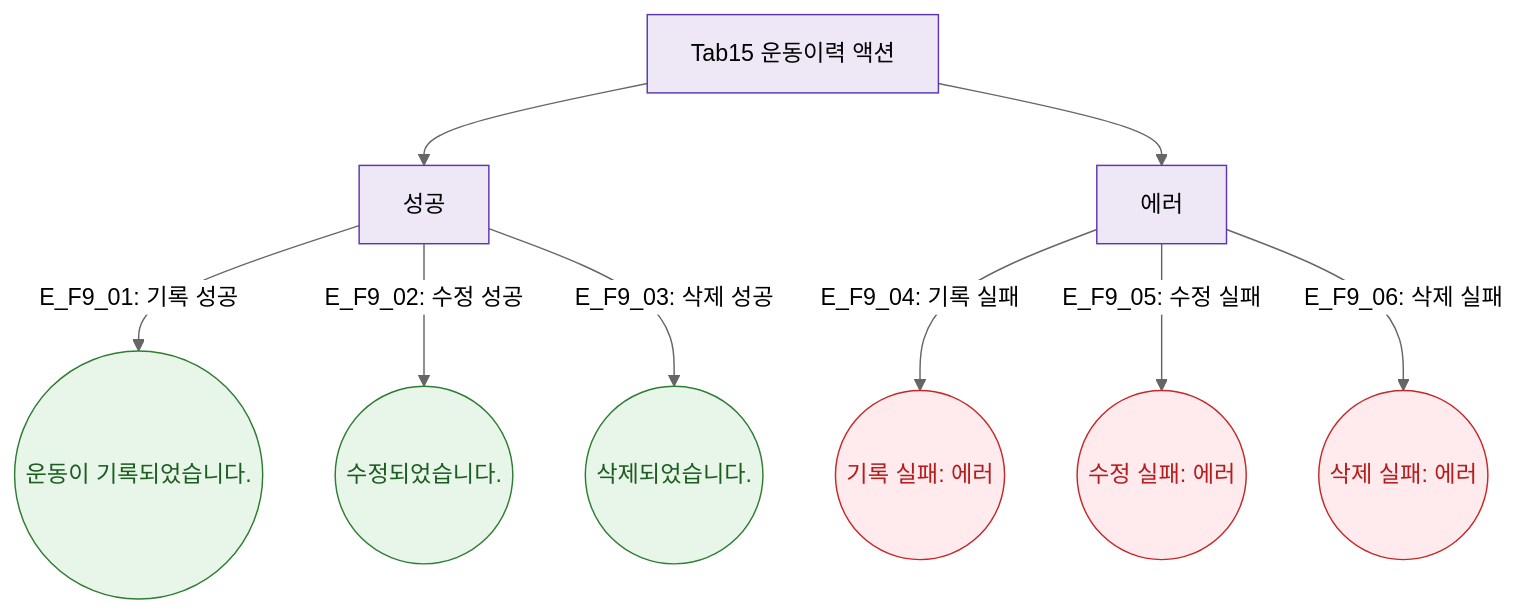
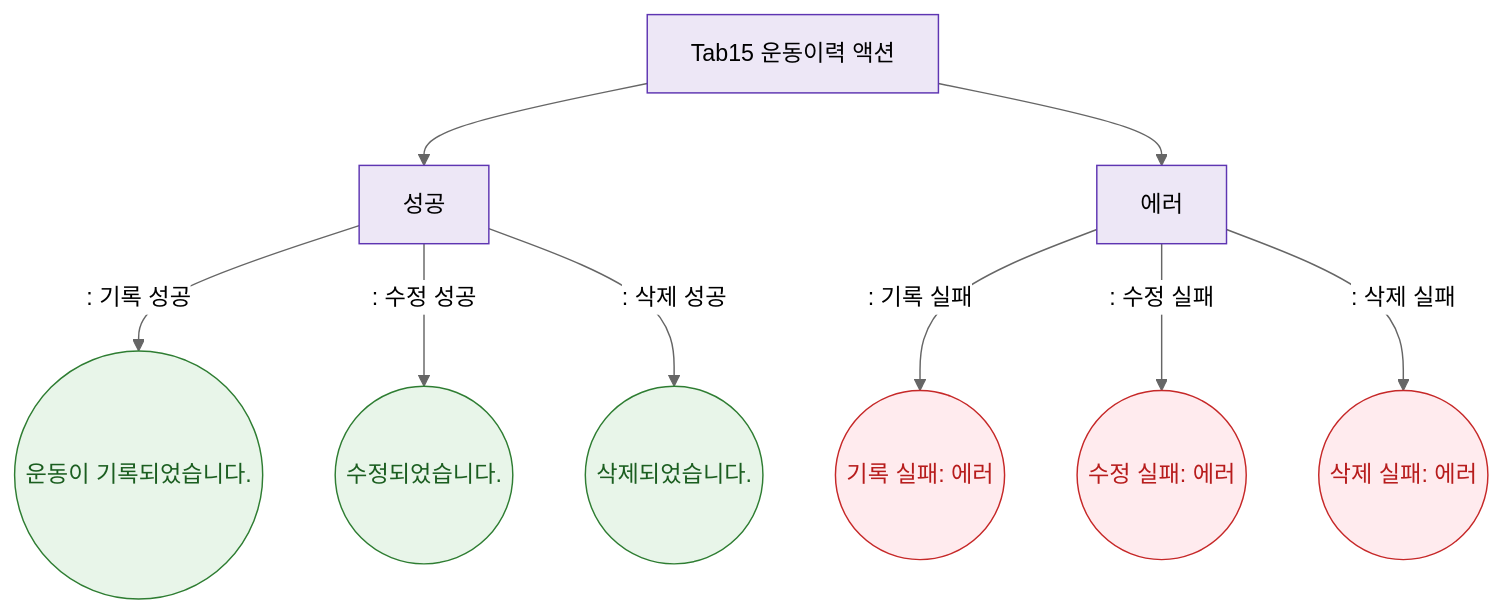
One commit to dev-spogym/admin-pando changed the diagram in docs/다이어그램/D02_회원관리/SCR-M004_회원상세/Tab15_운동이력/F9_토스트.md. Above: the diagram before and after it, drawn with Mermaid (neutral theme). The commit also changed other lines of this file and 1660 other files, not shown here.

First line of the commit message:
다이어그램: 기획자/클라이언트 납품본으로 정리

````diff
--- a/docs/다이어그램/D02_회원관리/SCR-M004_회원상세/Tab15_운동이력/F9_토스트.md
+++ b/docs/다이어그램/D02_회원관리/SCR-M004_회원상세/Tab15_운동이력/F9_토스트.md
@@ -22,19 +20,19 @@
 ```mermaid
 flowchart TD
   ACTIONS[Tab15 운동이력 액션] --> T_OK[성공]
   ACTIONS --> T_ERR[에러]
 
-  T_OK -->|"E_F9_01: 기록 성공"| TS1((운동이 기록되었습니다.))
-  T_OK -->|"E_F9_02: 수정 성공"| TS2((수정되었습니다.))
-  T_OK -->|"E_F9_03: 삭제 성공"| TS3((삭제되었습니다.))
-  T_ERR -->|"E_F9_04: 기록 실패"| TE1((기록 실패: 에러))
-  T_ERR -->|"E_F9_05: 수정 실패"| TE2((수정 실패: 에러))
-  T_ERR -->|"E_F9_06: 삭제 실패"| TE3((삭제 실패: 에러))
+  T_OK -->|": 기록 성공"|TS1((운동이 기록되었습니다.))
+  T_OK -->|": 수정 성공"|TS2((수정되었습니다.))
+  T_OK -->|": 삭제 성공"|TS3((삭제되었습니다.))
+  T_ERR -->|": 기록 실패"|TE1((기록 실패: 에러))
+  T_ERR -->|": 수정 실패"|TE2((수정 실패: 에러))
+  T_ERR -->|": 삭제 실패"|TE3((삭제 실패: 에러))
 
   classDef success fill:#E8F5E9,stroke:#2E7D32,color:#1B5E20
   classDef error fill:#FFEBEE,stroke:#C62828,color:#B71C1C
   classDef system fill:#EDE7F6,stroke:#5E35B2
   class TS1,TS2,TS3 success
   class TE1,TE2,TE3 error
   class ACTIONS,T_OK,T_ERR system
 ```
````
